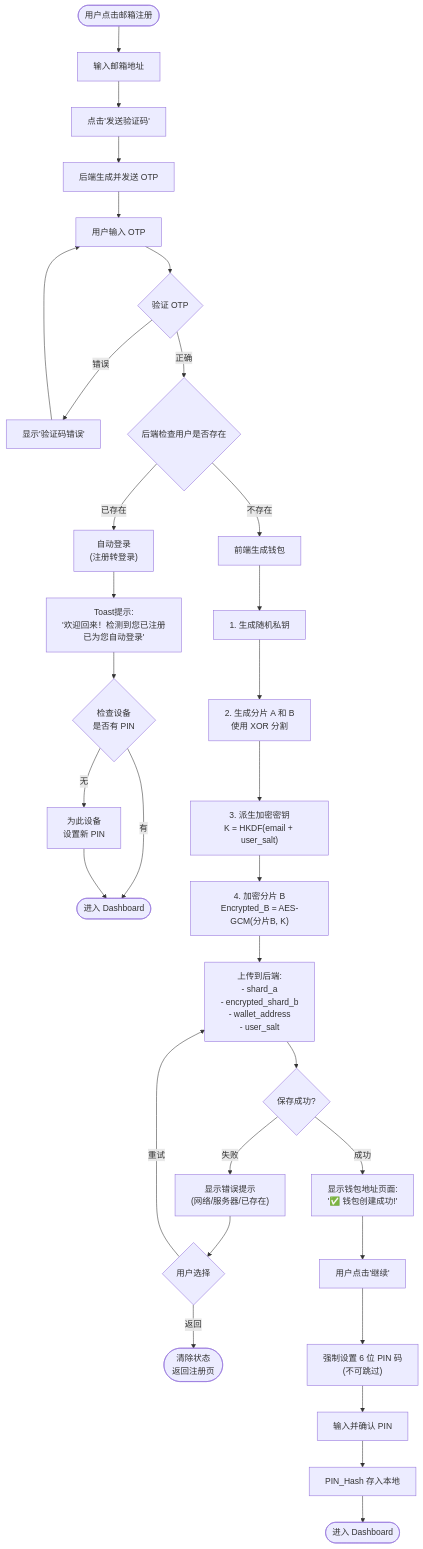
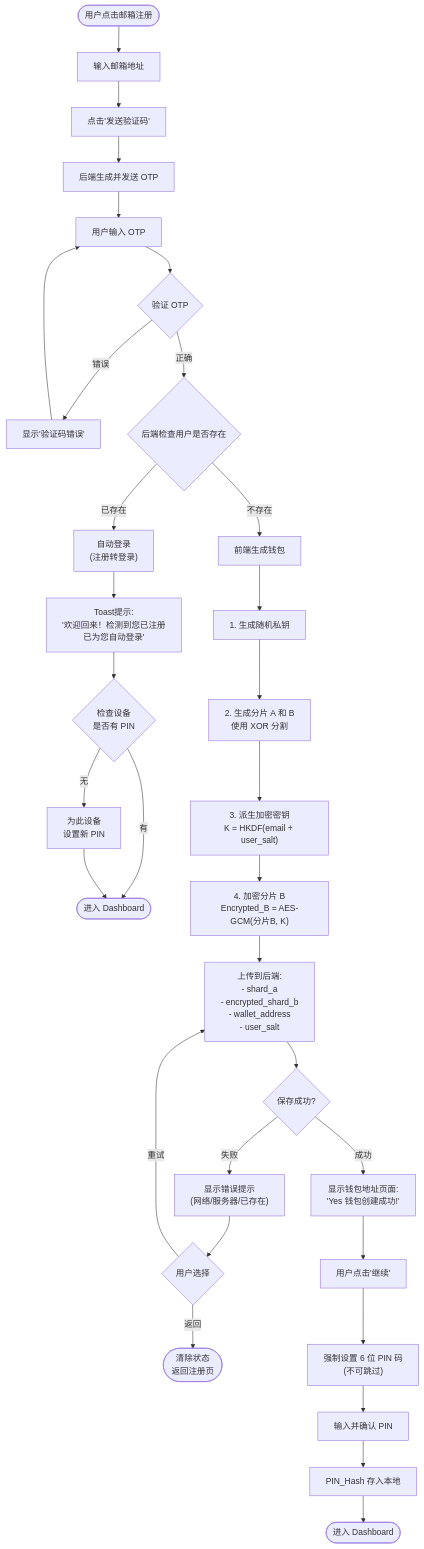
The tenth of 10 diagrams in auth_mpc_wallet_prd_v3 copy.md (boluov/mydocs), drawn with Mermaid before and after one commit. The commit also changed other lines of this file and 2 other files, not shown here.

````diff
--- a/auth_mpc_wallet_prd_v3 copy.md
+++ b/auth_mpc_wallet_prd_v3 copy.md
@@ -649,40 +649,40 @@
 ```mermaid
 flowchart TD
     Start(["用户点击邮箱注册"]) --> InputEmail["输入邮箱地址"]
     InputEmail --> RequestOTP["点击'发送验证码'"]
     RequestOTP --> SendOTP["后端生成并发送 OTP"]
     SendOTP --> InputOTP["用户输入 OTP"]
     InputOTP --> VerifyOTP{"验证 OTP"}
     
     VerifyOTP -->|错误| Error["显示'验证码错误'"]
     Error --> InputOTP
     
     VerifyOTP -->|正确| CheckUser{"后端检查用户是否存在"}
     
     CheckUser -->|已存在| AutoLogin["自动登录<br/>(注册转登录)"]
     AutoLogin --> ShowToast["Toast提示:<br/>'欢迎回来！检测到您已注册<br/>已为您自动登录'"]
     ShowToast --> CheckDevice{"检查设备<br/>是否有 PIN"}
     CheckDevice -->|有| Dashboard0(["进入 Dashboard"])
     CheckDevice -->|无| SetupPIN0["为此设备<br/>设置新 PIN"]
     SetupPIN0 --> Dashboard0
     
     CheckUser -->|不存在| GenerateWallet["前端生成钱包"]
     GenerateWallet --> Step1["1. 生成随机私钥"]
     Step1 --> Step2["2. 生成分片 A 和 B<br/>使用 XOR 分割"]
     Step2 --> Step3["3. 派生加密密钥<br/>K = HKDF(email + user_salt)"]
     Step3 --> Step4["4. 加密分片 B<br/>Encrypted_B = AES-GCM(分片B, K)"]
     Step4 --> Upload["上传到后端:<br/>- shard_a<br/>- encrypted_shard_b<br/>- wallet_address<br/>- user_salt"]
     Upload --> SaveSuccess{"保存成功?"}
     
     SaveSuccess -->|失败| ShowError["显示错误提示<br/>(网络/服务器/已存在)"]
     ShowError --> ErrorChoice{"用户选择"}
     ErrorChoice -->|重试| Upload
     ErrorChoice -->|返回| End(["清除状态<br/>返回注册页"])
     
-    SaveSuccess -->|成功| ShowWallet["显示钱包地址页面:<br/>'✅ 钱包创建成功!'"]
+    SaveSuccess -->|成功| ShowWallet["显示钱包地址页面:<br/>'Yes 钱包创建成功!'"]
     ShowWallet --> UserContinue["用户点击'继续'"]
     UserContinue --> ShowPINPrompt["强制设置 6 位 PIN 码<br/>(不可跳过)"]
     ShowPINPrompt --> InputPIN["输入并确认 PIN"]
     InputPIN --> StorePIN["PIN_Hash 存入本地"]
     StorePIN --> Dashboard1(["进入 Dashboard"])
 ```
````
